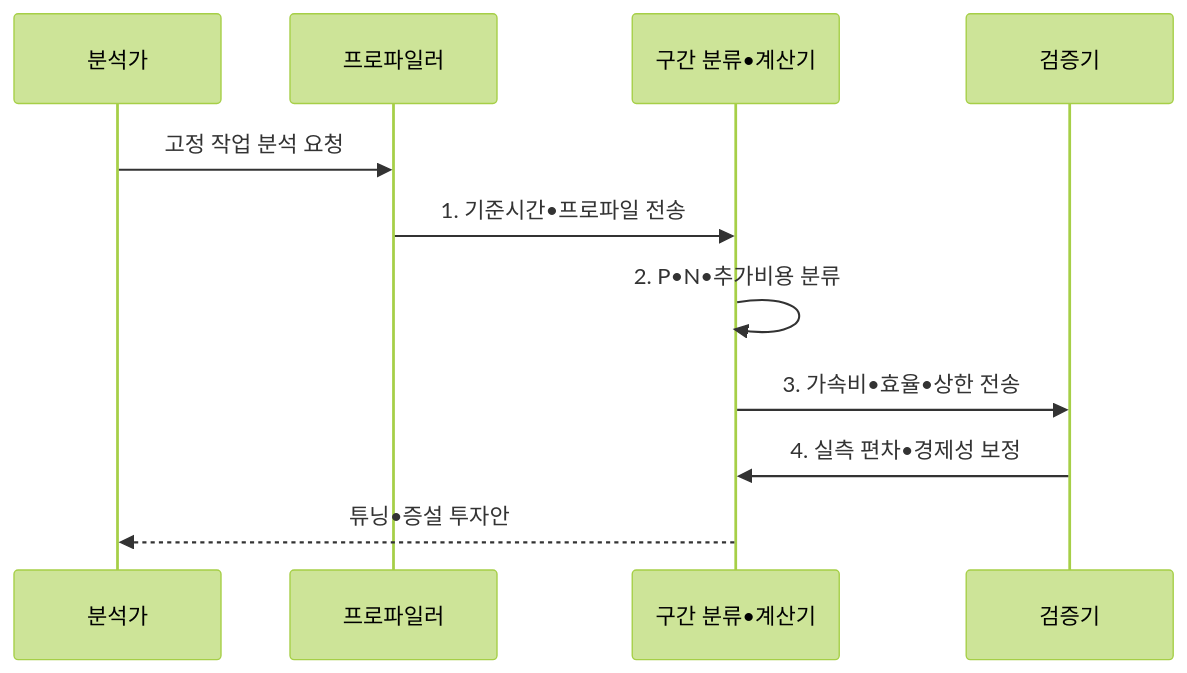
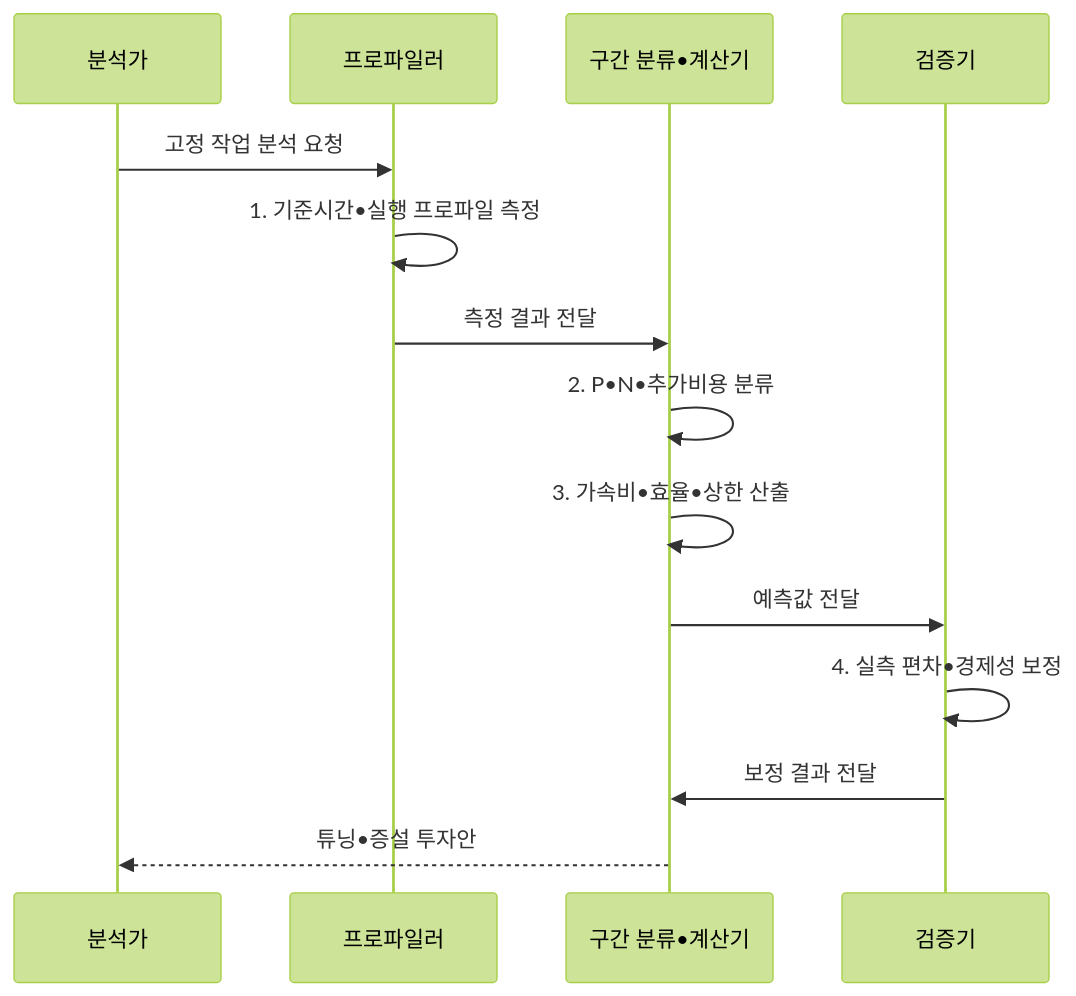
Before and after one commit to agnusdei1207/knowledge-base: the second of 2 diagrams in src/content/docs/notes/06-evaluation/005_amdahls_law.md, drawn with Mermaid (forest theme). The commit also changed other lines of this file and 20 other files, not shown here.

````diff
--- a/src/content/docs/notes/06-evaluation/005_amdahls_law.md
+++ b/src/content/docs/notes/06-evaluation/005_amdahls_law.md
@@ -100,13 +100,16 @@
 ```mermaid
 sequenceDiagram
   participant A as 분석가
   participant P as 프로파일러
   participant C as 구간 분류•계산기
   participant V as 검증기
   A->>P: 고정 작업 분석 요청
-  P->>C: 1. 기준시간•프로파일 전송
+  P->>P: 1. 기준시간•실행 프로파일 측정
+  P->>C: 측정 결과 전달
   C->>C: 2. P•N•추가비용 분류
-  C->>V: 3. 가속비•효율•상한 전송
-  V->>C: 4. 실측 편차•경제성 보정
+  C->>C: 3. 가속비•효율•상한 산출
+  C->>V: 예측값 전달
+  V->>V: 4. 실측 편차•경제성 보정
+  V->>C: 보정 결과 전달
   C-->>A: 튜닝•증설 투자안
 ```
````
